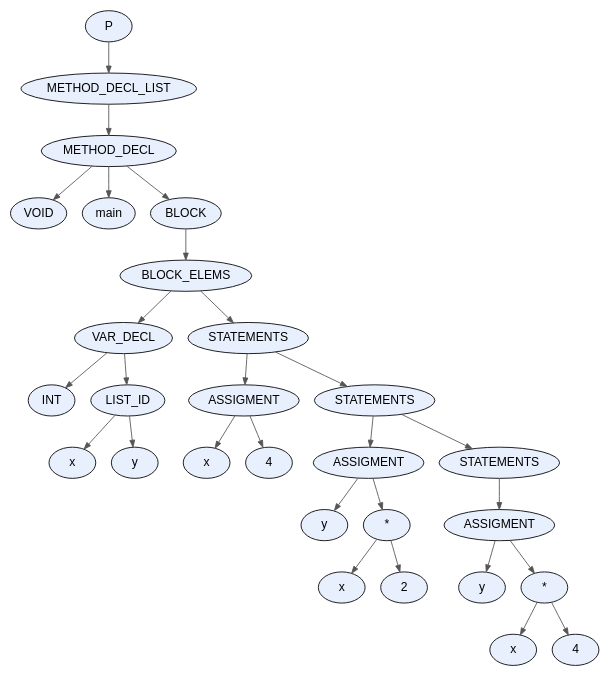
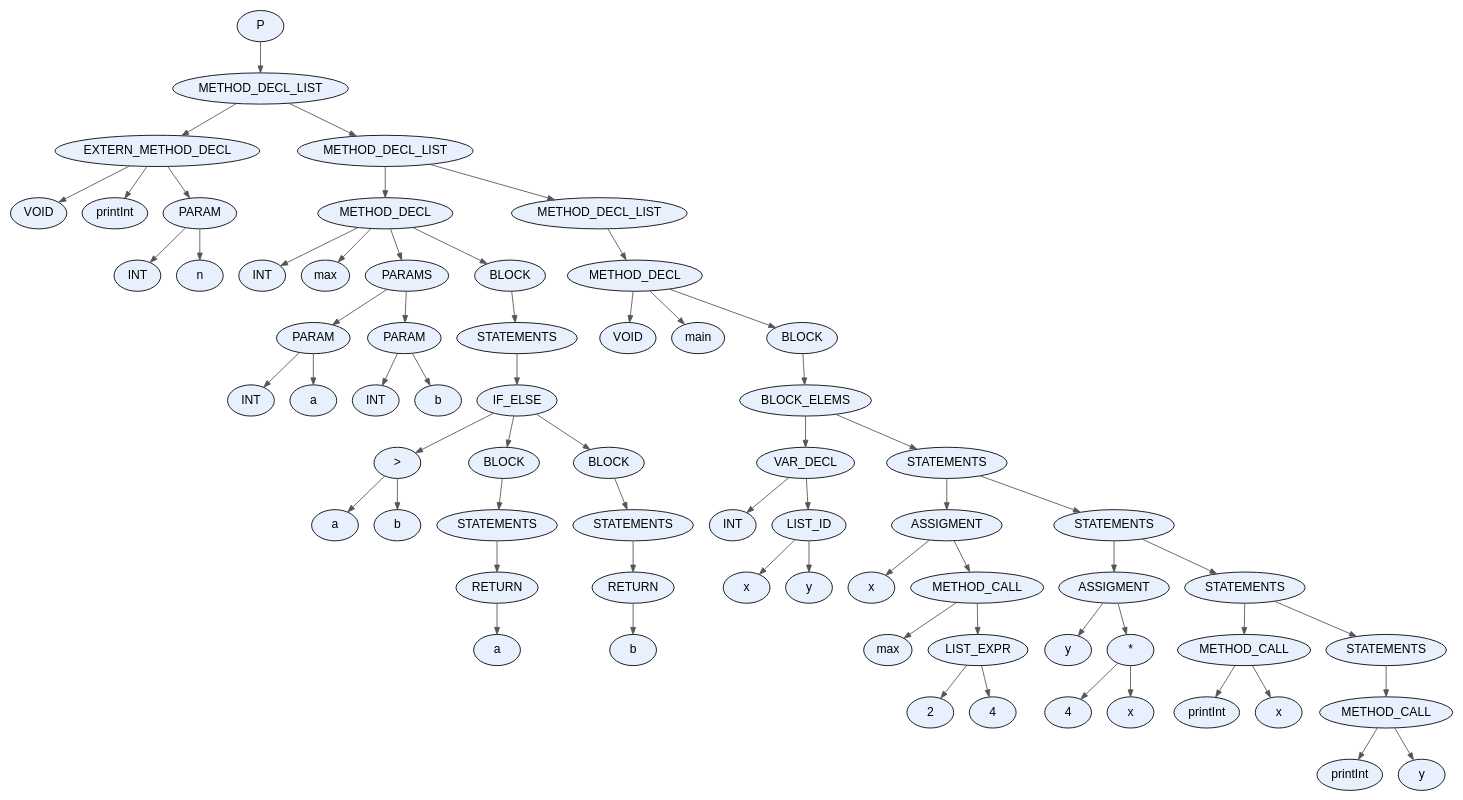
The diagram in proyecto/dot_files/test3.dot (facundo-dario-loser/TDS2026), drawn with Graphviz before and after one commit. The commit also changed 25 other files, not shown here.

```diff
--- a/proyecto/dot_files/test3.dot
+++ b/proyecto/dot_files/test3.dot
@@ -1,59 +1,135 @@
 digraph AST {
   node [fontname="Arial"];
   edge [arrowsize=0.8, color="#555555"];
-  "node_0x61d157c65fa0" [label="P", style=filled, fillcolor="#E8F0FE", shape=ellipse, style="rounded,filled"];
-  "node_0x61d157c65fa0" -> "node_0x61d157c65f50";
-  "node_0x61d157c65f50" [label="METHOD_DECL_LIST", style=filled, fillcolor="#E8F0FE", shape=ellipse, style="rounded,filled"];
-  "node_0x61d157c65f50" -> "node_0x61d157c65f00";
-  "node_0x61d157c65f00" [label="METHOD_DECL", style=filled, fillcolor="#E8F0FE", shape=ellipse, style="rounded,filled"];
-  "node_0x61d157c65f00" -> "node_0x61d157c65e40";
-  "node_0x61d157c65e40" [label="VOID", style=filled, fillcolor="#E8F0FE", shape=ellipse, style="rounded,filled"];
-  "node_0x61d157c65f00" -> "node_0x61d157c65e90";
-  "node_0x61d157c65e90" [label="main", style=filled, fillcolor="#E8F0FE", shape=ellipse, style="rounded,filled"];
-  "node_0x61d157c65f00" -> "node_0x61d157c65df0";
-  "node_0x61d157c65df0" [label="BLOCK", style=filled, fillcolor="#E8F0FE", shape=ellipse, style="rounded,filled"];
-  "node_0x61d157c65df0" -> "node_0x61d157c65da0";
-  "node_0x61d157c65da0" [label="BLOCK_ELEMS", style=filled, fillcolor="#E8F0FE", shape=ellipse, style="rounded,filled"];
-  "node_0x61d157c65da0" -> "node_0x61d157c65710";
-  "node_0x61d157c65710" [label="VAR_DECL", style=filled, fillcolor="#E8F0FE", shape=ellipse, style="rounded,filled"];
-  "node_0x61d157c65710" -> "node_0x61d157c65550";
-  "node_0x61d157c65550" [label="INT", style=filled, fillcolor="#E8F0FE", shape=ellipse, style="rounded,filled"];
-  "node_0x61d157c65710" -> "node_0x61d157c656c0";
-  "node_0x61d157c656c0" [label="LIST_ID", style=filled, fillcolor="#E8F0FE", shape=ellipse, style="rounded,filled"];
-  "node_0x61d157c656c0" -> "node_0x61d157c65650";
-  "node_0x61d157c65650" [label="x", style=filled, fillcolor="#E8F0FE", shape=ellipse, style="rounded,filled"];
-  "node_0x61d157c656c0" -> "node_0x61d157c655e0";
-  "node_0x61d157c655e0" [label="y", style=filled, fillcolor="#E8F0FE", shape=ellipse, style="rounded,filled"];
-  "node_0x61d157c65da0" -> "node_0x61d157c65d50";
-  "node_0x61d157c65d50" [label="STATEMENTS", style=filled, fillcolor="#E8F0FE", shape=ellipse, style="rounded,filled"];
-  "node_0x61d157c65d50" -> "node_0x61d157c65840";
-  "node_0x61d157c65840" [label="ASSIGMENT", style=filled, fillcolor="#E8F0FE", shape=ellipse, style="rounded,filled"];
-  "node_0x61d157c65840" -> "node_0x61d157c657d0";
-  "node_0x61d157c657d0" [label="x", style=filled, fillcolor="#E8F0FE", shape=ellipse, style="rounded,filled"];
-  "node_0x61d157c65840" -> "node_0x61d157c65780";
-  "node_0x61d157c65780" [label="4", style=filled, fillcolor="#E8F0FE", shape=ellipse, style="rounded,filled"];
-  "node_0x61d157c65d50" -> "node_0x61d157c65d00";
-  "node_0x61d157c65d00" [label="STATEMENTS", style=filled, fillcolor="#E8F0FE", shape=ellipse, style="rounded,filled"];
-  "node_0x61d157c65d00" -> "node_0x61d157c65a50";
-  "node_0x61d157c65a50" [label="ASSIGMENT", style=filled, fillcolor="#E8F0FE", shape=ellipse, style="rounded,filled"];
-  "node_0x61d157c65a50" -> "node_0x61d157c659e0";
-  "node_0x61d157c659e0" [label="y", style=filled, fillcolor="#E8F0FE", shape=ellipse, style="rounded,filled"];
-  "node_0x61d157c65a50" -> "node_0x61d157c65990";
-  "node_0x61d157c65990" [label="*", style=filled, fillcolor="#E8F0FE", shape=ellipse, style="rounded,filled"];
-  "node_0x61d157c65990" -> "node_0x61d157c658d0";
-  "node_0x61d157c658d0" [label="x", style=filled, fillcolor="#E8F0FE", shape=ellipse, style="rounded,filled"];
-  "node_0x61d157c65990" -> "node_0x61d157c65940";
-  "node_0x61d157c65940" [label="2", style=filled, fillcolor="#E8F0FE", shape=ellipse, style="rounded,filled"];
-  "node_0x61d157c65d00" -> "node_0x61d157c65cb0";
-  "node_0x61d157c65cb0" [label="STATEMENTS", style=filled, fillcolor="#E8F0FE", shape=ellipse, style="rounded,filled"];
-  "node_0x61d157c65cb0" -> "node_0x61d157c65c60";
-  "node_0x61d157c65c60" [label="ASSIGMENT", style=filled, fillcolor="#E8F0FE", shape=ellipse, style="rounded,filled"];
-  "node_0x61d157c65c60" -> "node_0x61d157c65bf0";
-  "node_0x61d157c65bf0" [label="y", style=filled, fillcolor="#E8F0FE", shape=ellipse, style="rounded,filled"];
-  "node_0x61d157c65c60" -> "node_0x61d157c65ba0";
-  "node_0x61d157c65ba0" [label="*", style=filled, fillcolor="#E8F0FE", shape=ellipse, style="rounded,filled"];
-  "node_0x61d157c65ba0" -> "node_0x61d157c65ae0";
-  "node_0x61d157c65ae0" [label="x", style=filled, fillcolor="#E8F0FE", shape=ellipse, style="rounded,filled"];
-  "node_0x61d157c65ba0" -> "node_0x61d157c65b50";
-  "node_0x61d157c65b50" [label="4", style=filled, fillcolor="#E8F0FE", shape=ellipse, style="rounded,filled"];
+  "node_0x5c109f9a23e0" [label="P", style=filled, fillcolor="#E8F0FE", shape=ellipse, style="rounded,filled"];
+  "node_0x5c109f9a23e0" -> "node_0x5c109f9a2390";
+  "node_0x5c109f9a2390" [label="METHOD_DECL_LIST", style=filled, fillcolor="#E8F0FE", shape=ellipse, style="rounded,filled"];
+  "node_0x5c109f9a2390" -> "node_0x5c109f9a0740";
+  "node_0x5c109f9a0740" [label="EXTERN_METHOD_DECL", style=filled, fillcolor="#E8F0FE", shape=ellipse, style="rounded,filled"];
+  "node_0x5c109f9a0740" -> "node_0x5c109f9a0680";
+  "node_0x5c109f9a0680" [label="VOID", style=filled, fillcolor="#E8F0FE", shape=ellipse, style="rounded,filled"];
+  "node_0x5c109f9a0740" -> "node_0x5c109f9a06d0";
+  "node_0x5c109f9a06d0" [label="printInt", style=filled, fillcolor="#E8F0FE", shape=ellipse, style="rounded,filled"];
+  "node_0x5c109f9a0740" -> "node_0x5c109f9a0630";
+  "node_0x5c109f9a0630" [label="PARAM", style=filled, fillcolor="#E8F0FE", shape=ellipse, style="rounded,filled"];
+  "node_0x5c109f9a0630" -> "node_0x5c109f9a0550";
+  "node_0x5c109f9a0550" [label="INT", style=filled, fillcolor="#E8F0FE", shape=ellipse, style="rounded,filled"];
+  "node_0x5c109f9a0630" -> "node_0x5c109f9a05c0";
+  "node_0x5c109f9a05c0" [label="n", style=filled, fillcolor="#E8F0FE", shape=ellipse, style="rounded,filled"];
+  "node_0x5c109f9a2390" -> "node_0x5c109f9a2340";
+  "node_0x5c109f9a2340" [label="METHOD_DECL_LIST", style=filled, fillcolor="#E8F0FE", shape=ellipse, style="rounded,filled"];
+  "node_0x5c109f9a2340" -> "node_0x5c109f9a1540";
+  "node_0x5c109f9a1540" [label="METHOD_DECL", style=filled, fillcolor="#E8F0FE", shape=ellipse, style="rounded,filled"];
+  "node_0x5c109f9a1540" -> "node_0x5c109f9a0790";
+  "node_0x5c109f9a0790" [label="INT", style=filled, fillcolor="#E8F0FE", shape=ellipse, style="rounded,filled"];
+  "node_0x5c109f9a1540" -> "node_0x5c109f9a14d0";
+  "node_0x5c109f9a14d0" [label="max", style=filled, fillcolor="#E8F0FE", shape=ellipse, style="rounded,filled"];
+  "node_0x5c109f9a1540" -> "node_0x5c109f9a0a60";
+  "node_0x5c109f9a0a60" [label="PARAMS", style=filled, fillcolor="#E8F0FE", shape=ellipse, style="rounded,filled"];
+  "node_0x5c109f9a0a60" -> "node_0x5c109f9a08e0";
+  "node_0x5c109f9a08e0" [label="PARAM", style=filled, fillcolor="#E8F0FE", shape=ellipse, style="rounded,filled"];
+  "node_0x5c109f9a08e0" -> "node_0x5c109f9a0800";
+  "node_0x5c109f9a0800" [label="INT", style=filled, fillcolor="#E8F0FE", shape=ellipse, style="rounded,filled"];
+  "node_0x5c109f9a08e0" -> "node_0x5c109f9a0870";
+  "node_0x5c109f9a0870" [label="a", style=filled, fillcolor="#E8F0FE", shape=ellipse, style="rounded,filled"];
+  "node_0x5c109f9a0a60" -> "node_0x5c109f9a0a10";
+  "node_0x5c109f9a0a10" [label="PARAM", style=filled, fillcolor="#E8F0FE", shape=ellipse, style="rounded,filled"];
+  "node_0x5c109f9a0a10" -> "node_0x5c109f9a0930";
+  "node_0x5c109f9a0930" [label="INT", style=filled, fillcolor="#E8F0FE", shape=ellipse, style="rounded,filled"];
+  "node_0x5c109f9a0a10" -> "node_0x5c109f9a09a0";
+  "node_0x5c109f9a09a0" [label="b", style=filled, fillcolor="#E8F0FE", shape=ellipse, style="rounded,filled"];
+  "node_0x5c109f9a1540" -> "node_0x5c109f9a1480";
+  "node_0x5c109f9a1480" [label="BLOCK", style=filled, fillcolor="#E8F0FE", shape=ellipse, style="rounded,filled"];
+  "node_0x5c109f9a1480" -> "node_0x5c109f9a1430";
+  "node_0x5c109f9a1430" [label="STATEMENTS", style=filled, fillcolor="#E8F0FE", shape=ellipse, style="rounded,filled"];
+  "node_0x5c109f9a1430" -> "node_0x5c109f9a13e0";
+  "node_0x5c109f9a13e0" [label="IF_ELSE", style=filled, fillcolor="#E8F0FE", shape=ellipse, style="rounded,filled"];
+  "node_0x5c109f9a13e0" -> "node_0x5c109f9a0bd0";
+  "node_0x5c109f9a0bd0" [label=">", style=filled, fillcolor="#E8F0FE", shape=ellipse, style="rounded,filled"];
+  "node_0x5c109f9a0bd0" -> "node_0x5c109f9a0ad0";
+  "node_0x5c109f9a0ad0" [label="a", style=filled, fillcolor="#E8F0FE", shape=ellipse, style="rounded,filled"];
+  "node_0x5c109f9a0bd0" -> "node_0x5c109f9a0b60";
+  "node_0x5c109f9a0b60" [label="b", style=filled, fillcolor="#E8F0FE", shape=ellipse, style="rounded,filled"];
+  "node_0x5c109f9a13e0" -> "node_0x5c109f9a0fb0";
+  "node_0x5c109f9a0fb0" [label="BLOCK", style=filled, fillcolor="#E8F0FE", shape=ellipse, style="rounded,filled"];
+  "node_0x5c109f9a0fb0" -> "node_0x5c109f9a0f60";
+  "node_0x5c109f9a0f60" [label="STATEMENTS", style=filled, fillcolor="#E8F0FE", shape=ellipse, style="rounded,filled"];
+  "node_0x5c109f9a0f60" -> "node_0x5c109f9a0cb0";
+  "node_0x5c109f9a0cb0" [label="RETURN", style=filled, fillcolor="#E8F0FE", shape=ellipse, style="rounded,filled"];
+  "node_0x5c109f9a0cb0" -> "node_0x5c109f9a0c40";
+  "node_0x5c109f9a0c40" [label="a", style=filled, fillcolor="#E8F0FE", shape=ellipse, style="rounded,filled"];
+  "node_0x5c109f9a13e0" -> "node_0x5c109f9a1390";
+  "node_0x5c109f9a1390" [label="BLOCK", style=filled, fillcolor="#E8F0FE", shape=ellipse, style="rounded,filled"];
+  "node_0x5c109f9a1390" -> "node_0x5c109f9a1340";
+  "node_0x5c109f9a1340" [label="STATEMENTS", style=filled, fillcolor="#E8F0FE", shape=ellipse, style="rounded,filled"];
+  "node_0x5c109f9a1340" -> "node_0x5c109f9a1090";
+  "node_0x5c109f9a1090" [label="RETURN", style=filled, fillcolor="#E8F0FE", shape=ellipse, style="rounded,filled"];
+  "node_0x5c109f9a1090" -> "node_0x5c109f9a1020";
+  "node_0x5c109f9a1020" [label="b", style=filled, fillcolor="#E8F0FE", shape=ellipse, style="rounded,filled"];
+  "node_0x5c109f9a2340" -> "node_0x5c109f9a22f0";
+  "node_0x5c109f9a22f0" [label="METHOD_DECL_LIST", style=filled, fillcolor="#E8F0FE", shape=ellipse, style="rounded,filled"];
+  "node_0x5c109f9a22f0" -> "node_0x5c109f9a22a0";
+  "node_0x5c109f9a22a0" [label="METHOD_DECL", style=filled, fillcolor="#E8F0FE", shape=ellipse, style="rounded,filled"];
+  "node_0x5c109f9a22a0" -> "node_0x5c109f9a21e0";
+  "node_0x5c109f9a21e0" [label="VOID", style=filled, fillcolor="#E8F0FE", shape=ellipse, style="rounded,filled"];
+  "node_0x5c109f9a22a0" -> "node_0x5c109f9a2230";
+  "node_0x5c109f9a2230" [label="main", style=filled, fillcolor="#E8F0FE", shape=ellipse, style="rounded,filled"];
+  "node_0x5c109f9a22a0" -> "node_0x5c109f9a2190";
+  "node_0x5c109f9a2190" [label="BLOCK", style=filled, fillcolor="#E8F0FE", shape=ellipse, style="rounded,filled"];
+  "node_0x5c109f9a2190" -> "node_0x5c109f9a2140";
+  "node_0x5c109f9a2140" [label="BLOCK_ELEMS", style=filled, fillcolor="#E8F0FE", shape=ellipse, style="rounded,filled"];
+  "node_0x5c109f9a2140" -> "node_0x5c109f9a1770";
+  "node_0x5c109f9a1770" [label="VAR_DECL", style=filled, fillcolor="#E8F0FE", shape=ellipse, style="rounded,filled"];
+  "node_0x5c109f9a1770" -> "node_0x5c109f9a15b0";
+  "node_0x5c109f9a15b0" [label="INT", style=filled, fillcolor="#E8F0FE", shape=ellipse, style="rounded,filled"];
+  "node_0x5c109f9a1770" -> "node_0x5c109f9a1720";
+  "node_0x5c109f9a1720" [label="LIST_ID", style=filled, fillcolor="#E8F0FE", shape=ellipse, style="rounded,filled"];
+  "node_0x5c109f9a1720" -> "node_0x5c109f9a16b0";
+  "node_0x5c109f9a16b0" [label="x", style=filled, fillcolor="#E8F0FE", shape=ellipse, style="rounded,filled"];
+  "node_0x5c109f9a1720" -> "node_0x5c109f9a1640";
+  "node_0x5c109f9a1640" [label="y", style=filled, fillcolor="#E8F0FE", shape=ellipse, style="rounded,filled"];
+  "node_0x5c109f9a2140" -> "node_0x5c109f9a20f0";
+  "node_0x5c109f9a20f0" [label="STATEMENTS", style=filled, fillcolor="#E8F0FE", shape=ellipse, style="rounded,filled"];
+  "node_0x5c109f9a20f0" -> "node_0x5c109f9a1a20";
+  "node_0x5c109f9a1a20" [label="ASSIGMENT", style=filled, fillcolor="#E8F0FE", shape=ellipse, style="rounded,filled"];
+  "node_0x5c109f9a1a20" -> "node_0x5c109f9a19b0";
+  "node_0x5c109f9a19b0" [label="x", style=filled, fillcolor="#E8F0FE", shape=ellipse, style="rounded,filled"];
+  "node_0x5c109f9a1a20" -> "node_0x5c109f9a1960";
+  "node_0x5c109f9a1960" [label="METHOD_CALL", style=filled, fillcolor="#E8F0FE", shape=ellipse, style="rounded,filled"];
+  "node_0x5c109f9a1960" -> "node_0x5c109f9a18f0";
+  "node_0x5c109f9a18f0" [label="max", style=filled, fillcolor="#E8F0FE", shape=ellipse, style="rounded,filled"];
+  "node_0x5c109f9a1960" -> "node_0x5c109f9a18a0";
+  "node_0x5c109f9a18a0" [label="LIST_EXPR", style=filled, fillcolor="#E8F0FE", shape=ellipse, style="rounded,filled"];
+  "node_0x5c109f9a18a0" -> "node_0x5c109f9a1800";
+  "node_0x5c109f9a1800" [label="2", style=filled, fillcolor="#E8F0FE", shape=ellipse, style="rounded,filled"];
+  "node_0x5c109f9a18a0" -> "node_0x5c109f9a1850";
+  "node_0x5c109f9a1850" [label="4", style=filled, fillcolor="#E8F0FE", shape=ellipse, style="rounded,filled"];
+  "node_0x5c109f9a20f0" -> "node_0x5c109f9a20a0";
+  "node_0x5c109f9a20a0" [label="STATEMENTS", style=filled, fillcolor="#E8F0FE", shape=ellipse, style="rounded,filled"];
+  "node_0x5c109f9a20a0" -> "node_0x5c109f9a1cd0";
+  "node_0x5c109f9a1cd0" [label="ASSIGMENT", style=filled, fillcolor="#E8F0FE", shape=ellipse, style="rounded,filled"];
+  "node_0x5c109f9a1cd0" -> "node_0x5c109f9a1c60";
+  "node_0x5c109f9a1c60" [label="y", style=filled, fillcolor="#E8F0FE", shape=ellipse, style="rounded,filled"];
+  "node_0x5c109f9a1cd0" -> "node_0x5c109f9a1c10";
+  "node_0x5c109f9a1c10" [label="*", style=filled, fillcolor="#E8F0FE", shape=ellipse, style="rounded,filled"];
+  "node_0x5c109f9a1c10" -> "node_0x5c109f9a2c70";
+  "node_0x5c109f9a2c70" [label="4", style=filled, fillcolor="#E8F0FE", shape=ellipse, style="rounded,filled"];
+  "node_0x5c109f9a1c10" -> "node_0x5c109f9a1ba0";
+  "node_0x5c109f9a1ba0" [label="x", style=filled, fillcolor="#E8F0FE", shape=ellipse, style="rounded,filled"];
+  "node_0x5c109f9a20a0" -> "node_0x5c109f9a2050";
+  "node_0x5c109f9a2050" [label="STATEMENTS", style=filled, fillcolor="#E8F0FE", shape=ellipse, style="rounded,filled"];
+  "node_0x5c109f9a2050" -> "node_0x5c109f9a1e40";
+  "node_0x5c109f9a1e40" [label="METHOD_CALL", style=filled, fillcolor="#E8F0FE", shape=ellipse, style="rounded,filled"];
+  "node_0x5c109f9a1e40" -> "node_0x5c109f9a1dd0";
+  "node_0x5c109f9a1dd0" [label="printInt", style=filled, fillcolor="#E8F0FE", shape=ellipse, style="rounded,filled"];
+  "node_0x5c109f9a1e40" -> "node_0x5c109f9a1d60";
+  "node_0x5c109f9a1d60" [label="x", style=filled, fillcolor="#E8F0FE", shape=ellipse, style="rounded,filled"];
+  "node_0x5c109f9a2050" -> "node_0x5c109f9a2000";
+  "node_0x5c109f9a2000" [label="STATEMENTS", style=filled, fillcolor="#E8F0FE", shape=ellipse, style="rounded,filled"];
+  "node_0x5c109f9a2000" -> "node_0x5c109f9a1fb0";
+  "node_0x5c109f9a1fb0" [label="METHOD_CALL", style=filled, fillcolor="#E8F0FE", shape=ellipse, style="rounded,filled"];
+  "node_0x5c109f9a1fb0" -> "node_0x5c109f9a1f40";
+  "node_0x5c109f9a1f40" [label="printInt", style=filled, fillcolor="#E8F0FE", shape=ellipse, style="rounded,filled"];
+  "node_0x5c109f9a1fb0" -> "node_0x5c109f9a1ed0";
+  "node_0x5c109f9a1ed0" [label="y", style=filled, fillcolor="#E8F0FE", shape=ellipse, style="rounded,filled"];
 }
```
